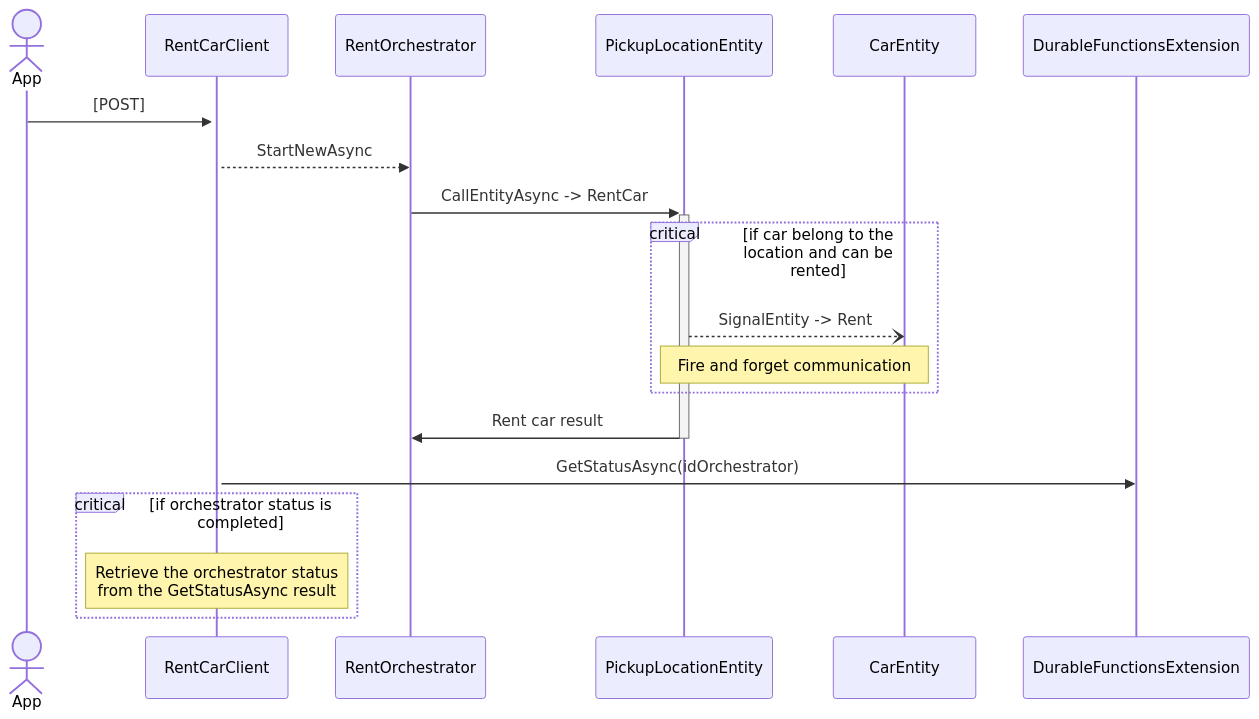
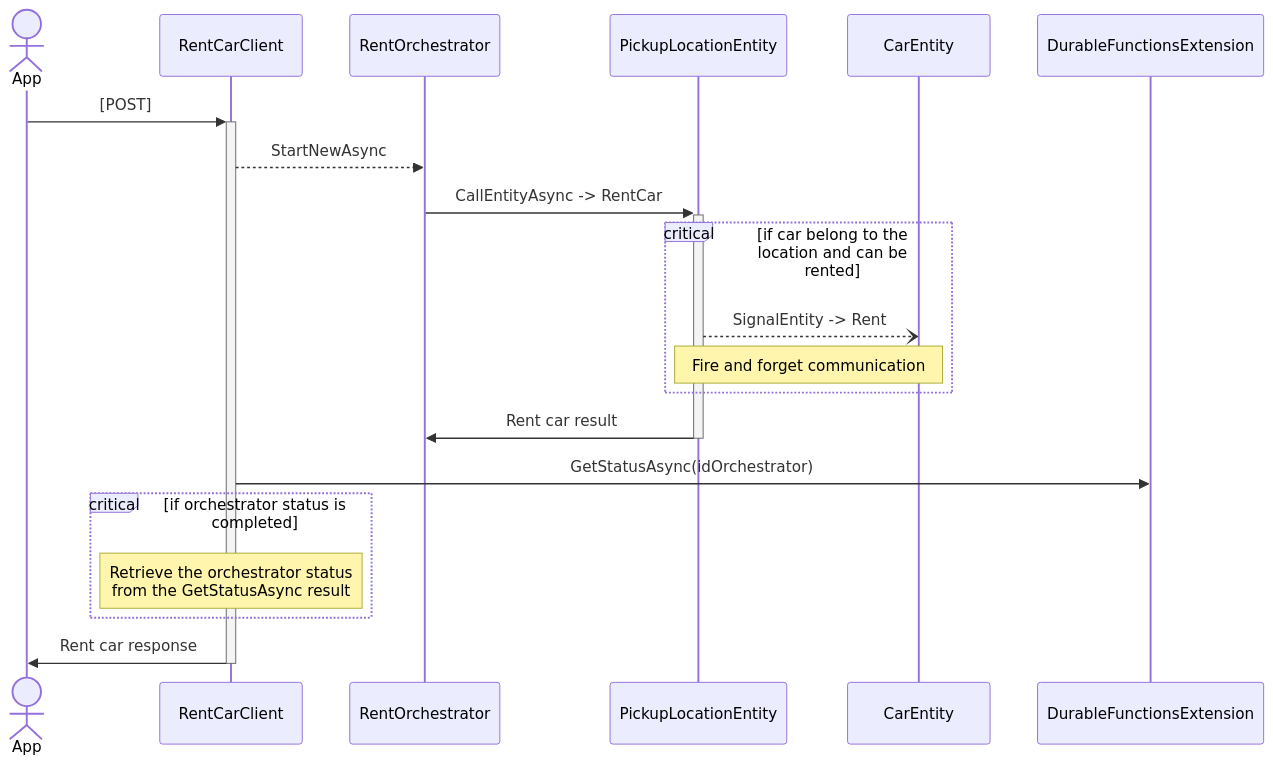
The first of 2 diagrams in README.md (massimobonanni/ServerlessCarRent), drawn with Mermaid before and after one commit. The commit also changed other lines of this file, not shown here.

````diff
--- a/README.md
+++ b/README.md
@@ -30,21 +39,22 @@
 ```mermaid
 sequenceDiagram
     actor App
     participant RentCarClient
     participant RentOrchestrator
     participant PickupLocationEntity
     participant CarEntity
     participant DurableFunctionsExtension
     App ->> +RentCarClient : [POST]
     RentCarClient -->> RentOrchestrator : StartNewAsync
     RentOrchestrator ->> +PickupLocationEntity : CallEntityAsync -> RentCar
     critical if car belong to the location and can be rented
         PickupLocationEntity --) CarEntity : SignalEntity -> Rent
         Note over PickupLocationEntity,CarEntity: Fire and forget communication
     end
     PickupLocationEntity ->> -RentOrchestrator : Rent car result
     RentCarClient ->> DurableFunctionsExtension : GetStatusAsync(idOrchestrator)
     critical if orchestrator status is completed
         Note over RentCarClient: Retrieve the orchestrator status<br/>from the GetStatusAsync result
     end
+    RentCarClient ->> -App : Rent car response
 ```
````
